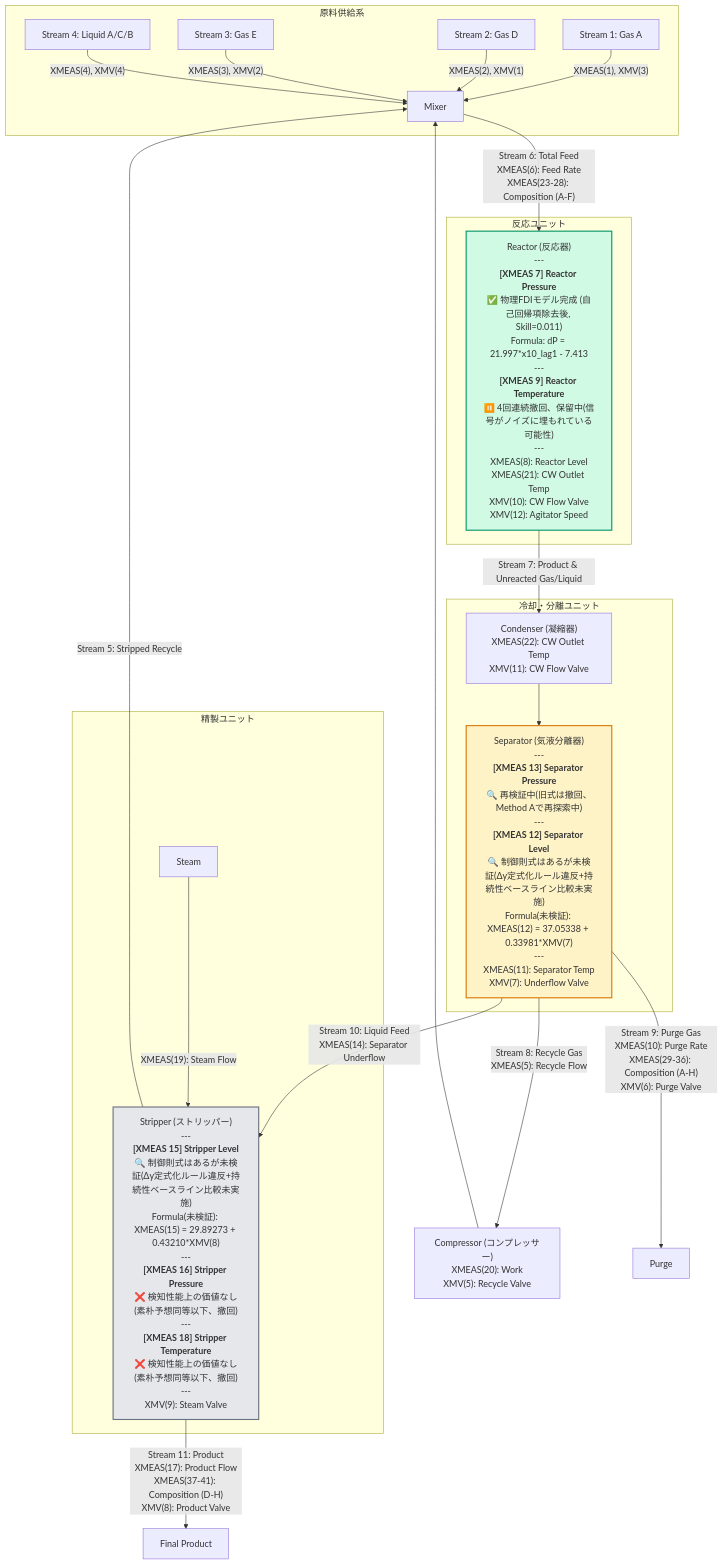
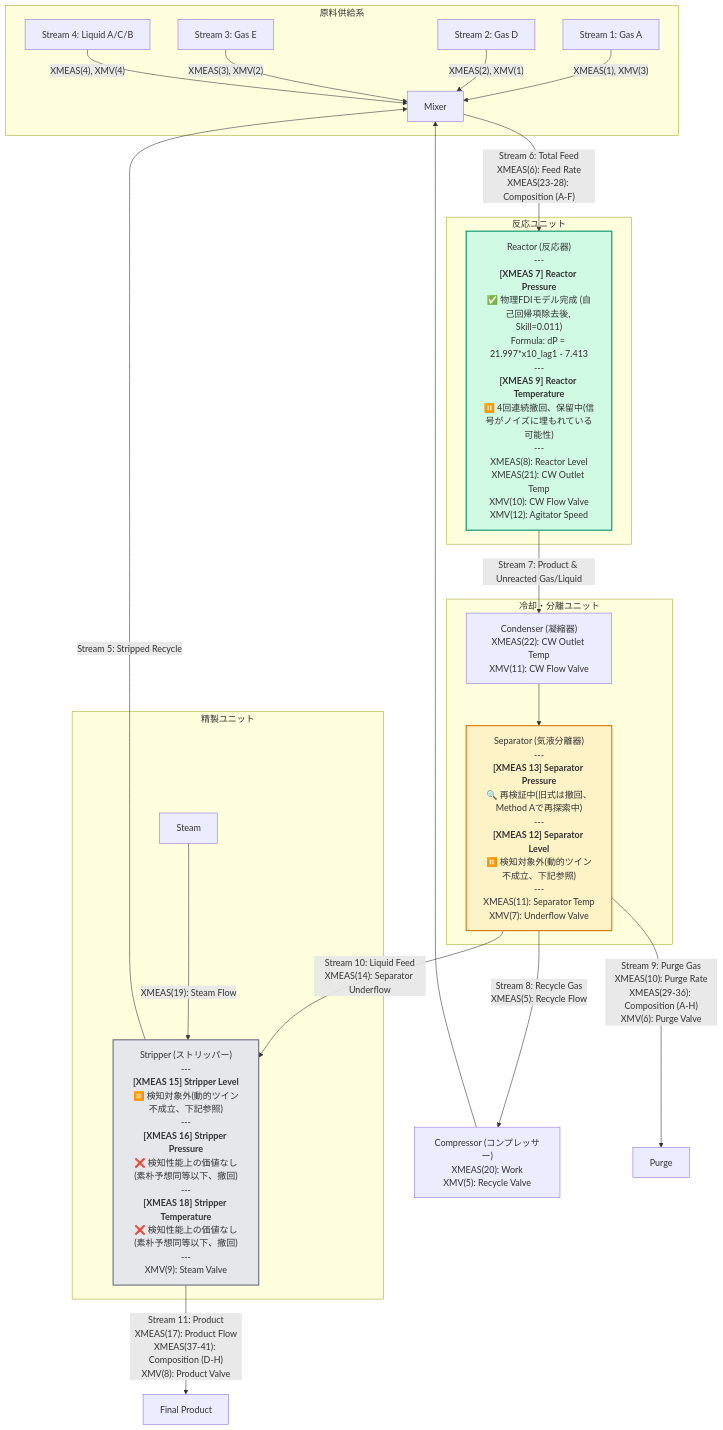
Before and after one commit to gotou8810/LLM-GP: the diagram in TEP_FLOW_DIAGRAM.md, drawn with Mermaid. The commit also changed other lines of this file and 2 other files, not shown here.

First line of the commit message:
XMEAS(12)/(15)を「検知対象外」に格下げ、F1の解釈注記をXMEAS(7)に追加

````diff
--- a/TEP_FLOW_DIAGRAM.md
+++ b/TEP_FLOW_DIAGRAM.md
@@ -7,44 +7,44 @@
 ```mermaid
 graph TD
     subgraph Feeds [原料供給系]
         S1[Stream 1: Gas A] --> |"XMEAS(1), XMV(3)"| Mixer
         S2[Stream 2: Gas D] --> |"XMEAS(2), XMV(1)"| Mixer
         S3[Stream 3: Gas E] --> |"XMEAS(3), XMV(2)"| Mixer
         S4[Stream 4: Liquid A/C/B] --> |"XMEAS(4), XMV(4)"| Mixer
     end
 
     Mixer --> |"Stream 6: Total Feed<br/>XMEAS(6): Feed Rate<br/>XMEAS(23-28): Composition (A-F)"| Reactor
 
     subgraph ReactorUnit [反応ユニット]
         Reactor["Reactor (反応器)<br/>---<br/><b>[XMEAS 7] Reactor Pressure</b><br/>✅ 物理FDIモデル完成 (自己回帰項除去後, Skill=0.011)<br/>Formula: dP = 21.997*x10_lag1 - 7.413<br/>---<br/><b>[XMEAS 9] Reactor Temperature</b><br/>⏸️ 4回連続撤回、保留中(信号がノイズに埋もれている可能性)<br/>---<br/>XMEAS(8): Reactor Level<br/>XMEAS(21): CW Outlet Temp<br/>XMV(10): CW Flow Valve<br/>XMV(12): Agitator Speed"]
     end
 
     Reactor --> |"Stream 7: Product & Unreacted Gas/Liquid"| Condenser
 
     subgraph CoolingUnit [冷却・分離ユニット]
-        Condenser["Condenser (凝縮器)<br/>XMEAS(22): CW Outlet Temp<br/>XMV(11): CW Flow Valve"] --> Separator["Separator (気液分離器)<br/>---<br/><b>[XMEAS 13] Separator Pressure</b><br/>🔍 再検証中(旧式は撤回、Method Aで再探索中)<br/>---<br/><b>[XMEAS 12] Separator Level</b><br/>🔍 制御則式はあるが未検証(Δy定式化ルール違反+持続性ベースライン比較未実施)<br/>Formula(未検証): XMEAS(12) = 37.05338 + 0.33981*XMV(7)<br/>---<br/>XMEAS(11): Separator Temp<br/>XMV(7): Underflow Valve"]
+        Condenser["Condenser (凝縮器)<br/>XMEAS(22): CW Outlet Temp<br/>XMV(11): CW Flow Valve"] --> Separator["Separator (気液分離器)<br/>---<br/><b>[XMEAS 13] Separator Pressure</b><br/>🔍 再検証中(旧式は撤回、Method Aで再探索中)<br/>---<br/><b>[XMEAS 12] Separator Level</b><br/>⏸️ 検知対象外(動的ツイン不成立、下記参照)<br/>---<br/>XMEAS(11): Separator Temp<br/>XMV(7): Underflow Valve"]
     end
 
     Separator --> |"Stream 8: Recycle Gas<br/>XMEAS(5): Recycle Flow"| Compressor["Compressor (コンプレッサー)<br/>XMEAS(20): Work<br/>XMV(5): Recycle Valve"]
     Compressor --> Mixer
 
     Separator --> |"Stream 9: Purge Gas<br/>XMEAS(10): Purge Rate<br/>XMEAS(29-36): Composition (A-H)<br/>XMV(6): Purge Valve"| Purge[Purge]
 
     Separator --> |"Stream 10: Liquid Feed<br/>XMEAS(14): Separator Underflow"| Stripper
 
     subgraph StrippingUnit [精製ユニット]
-        Stripper["Stripper (ストリッパー)<br/>---<br/><b>[XMEAS 15] Stripper Level</b><br/>🔍 制御則式はあるが未検証(Δy定式化ルール違反+持続性ベースライン比較未実施)<br/>Formula(未検証): XMEAS(15) = 29.89273 + 0.43210*XMV(8)<br/>---<br/><b>[XMEAS 16] Stripper Pressure</b><br/>❌ 検知性能上の価値なし(素朴予想同等以下、撤回)<br/>---<br/><b>[XMEAS 18] Stripper Temperature</b><br/>❌ 検知性能上の価値なし(素朴予想同等以下、撤回)<br/>---<br/>XMV(9): Steam Valve"]
+        Stripper["Stripper (ストリッパー)<br/>---<br/><b>[XMEAS 15] Stripper Level</b><br/>⏸️ 検知対象外(動的ツイン不成立、下記参照)<br/>---<br/><b>[XMEAS 16] Stripper Pressure</b><br/>❌ 検知性能上の価値なし(素朴予想同等以下、撤回)<br/>---<br/><b>[XMEAS 18] Stripper Temperature</b><br/>❌ 検知性能上の価値なし(素朴予想同等以下、撤回)<br/>---<br/>XMV(9): Steam Valve"]
         Steam[Steam] --> |"XMEAS(19): Steam Flow"| Stripper
     end
 
     Stripper --> |"Stream 5: Stripped Recycle"| Mixer
     Stripper --> |"Stream 11: Product<br/>XMEAS(17): Product Flow<br/>XMEAS(37-41): Composition (D-H)<br/>XMV(8): Product Valve"| Product[Final Product]
 
     %% ステータスに応じた色分け (実証済み完成=緑、未検証/再検証中=オレンジ、価値なしと判明=グレー)
     %% ReactorはXMEAS(7)実証済み・XMEAS(9)保留中が混在するが、実証済み項目を主として緑表示。
-    %% SeparatorはXMEAS(12)/(13)とも未検証・再検証中のためオレンジ。
-    %% StripperはXMEAS(16)/(18)が価値なしと判明・XMEAS(15)も未検証のためグレー。
+    %% SeparatorはXMEAS(13)が再検証中・XMEAS(12)が検知対象外のためオレンジ。
+    %% StripperはXMEAS(16)/(18)が価値なしと判明・XMEAS(15)も検知対象外のためグレー。
     style Reactor fill:#d1fae5,stroke:#059669,stroke-width:2px
     style Separator fill:#fef3c7,stroke:#d97706,stroke-width:2px
     style Stripper fill:#e5e7eb,stroke:#6b7280,stroke-width:2px
 ```
````
